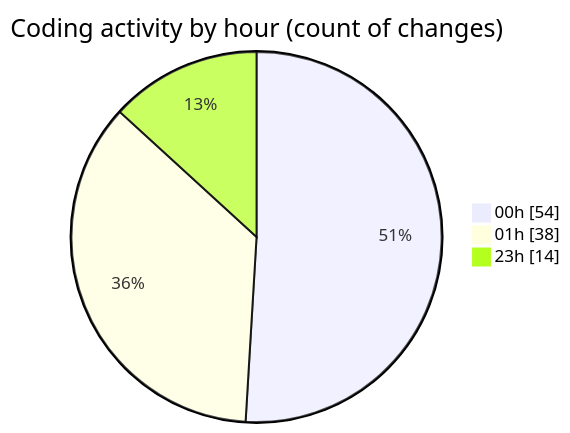
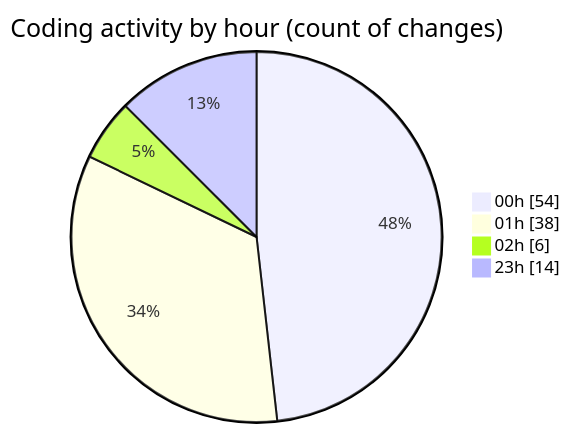
Before and after one commit to lephambinh05/code-tracking: the second of 2 diagrams in 2025-08-20/quytuthien_vn/README.md, drawn with Mermaid. The commit also changed other lines of this file and 1 other file, not shown here.

````diff
--- a/2025-08-20/quytuthien_vn/README.md
+++ b/2025-08-20/quytuthien_vn/README.md
@@ -84,7 +88,8 @@
 ```mermaid
 pie showData
 title Coding activity by hour (count of changes)
 "00h" : 54
 "01h" : 38
+"02h" : 6
 "23h" : 14
 ```
````
